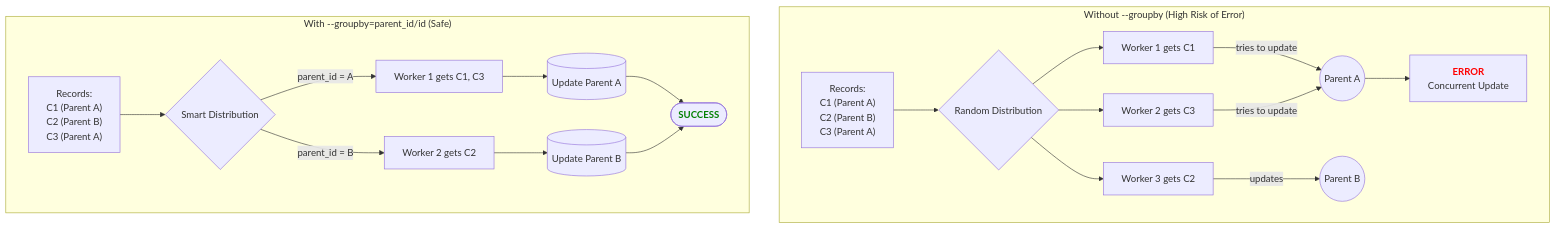
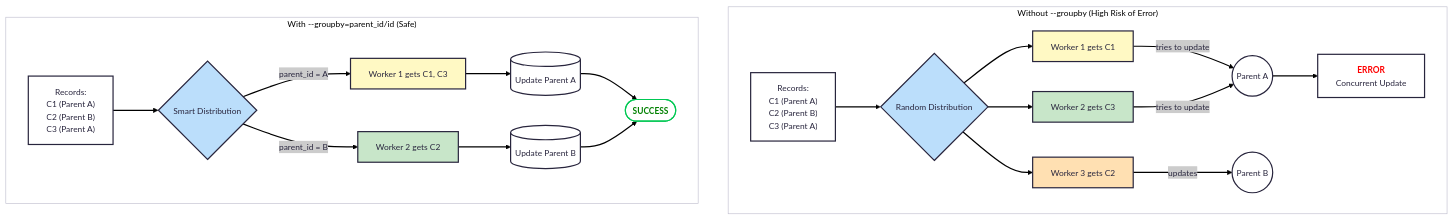
The first of 2 diagrams in docs/guides/performance_tuning.md (OdooDataFlow/odoo-data-flow), drawn with Mermaid before and after one commit. The commit also changed other lines of this file and 13 other files, not shown here.

````diff
--- a/docs/guides/performance_tuning.md
+++ b/docs/guides/performance_tuning.md
@@ -71,22 +71,36 @@
 ```{mermaid}
+---
+config:
+  theme: redux
+---
 graph TD
-    subgraph "Without --groupby (High Risk of Error)"
+    subgraph subGraph0["Without --groupby (High Risk of Error)"]
         A["Records:<br>C1 (Parent A)<br>C2 (Parent B)<br>C3 (Parent A)"] --> B{Random Distribution};
         B --> W1["Worker 1 gets C1"];
         B --> W2["Worker 2 gets C3"];
         B --> W3["Worker 3 gets C2"];
         W1 -- "tries to update" --> P_A(("Parent A"));
         W2 -- "tries to update" --> P_A;
         W3 -- "updates" --> P_B(("Parent B"));
         P_A --> X["<font color=red><b>ERROR</b></font><br>Concurrent Update"];
     end
 
-    subgraph "With --groupby=parent_id/id (Safe)"
+    subgraph subGraph1["With --groupby=parent_id/id (Safe)"]
         C["Records:<br>C1 (Parent A)<br>C2 (Parent B)<br>C3 (Parent A)"] --> D{Smart Distribution};
         D -- "parent_id = A" --> W3b["Worker 1 gets C1, C3"];
         D -- "parent_id = B" --> W4b["Worker 2 gets C2"];
         W3b --> S1[("Update Parent A")];
         W4b --> S2[("Update Parent B")];
         S1 & S2 --> Y(["<font color=green><b>SUCCESS</b></font>"]);
     end
+    style W1 fill:#FFF9C4
+    style W2 fill:#C8E6C9
+    style W3 fill:#FFE0B2
+    style W3b fill:#FFF9C4
+    style W4b fill:#C8E6C9
+    style D fill:#BBDEFB
+    style B fill:#BBDEFB
+    style subGraph0 fill:transparent
+    style subGraph1 fill:transparent
+    style Y stroke:#00C853
 ```
````
